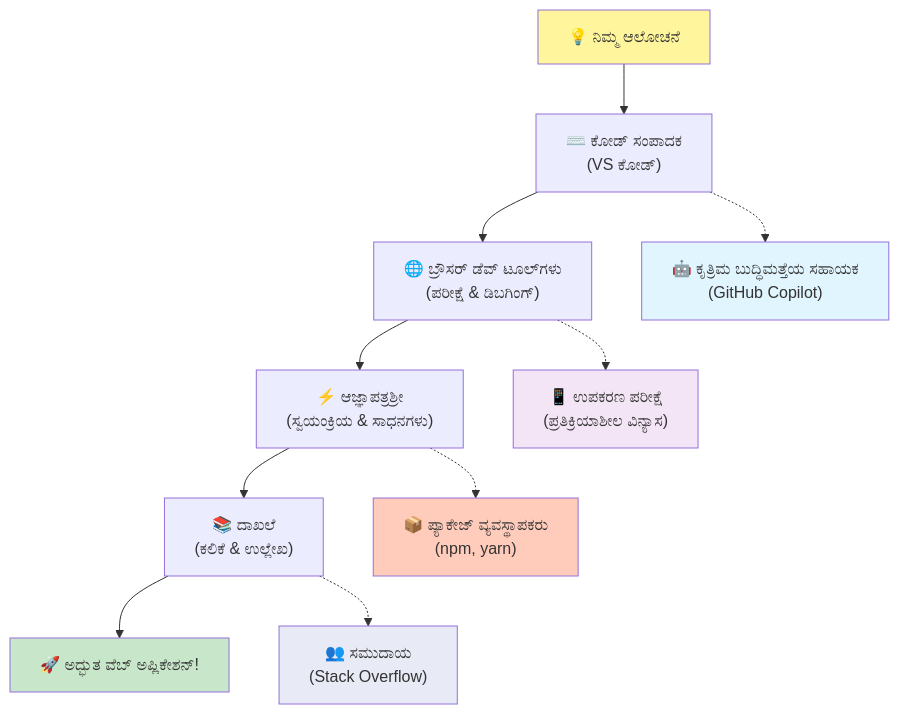
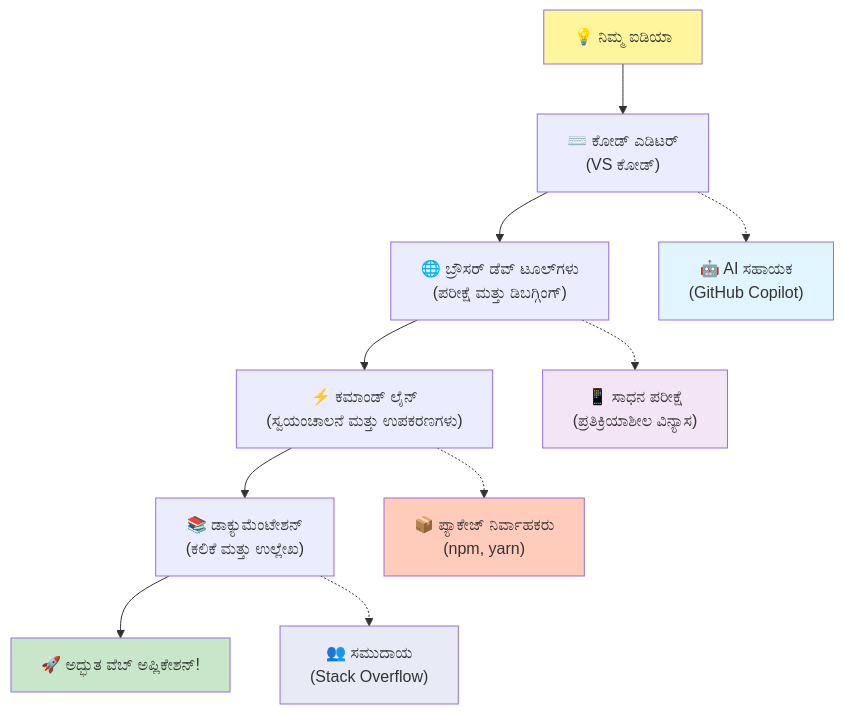
Before and after one commit to microsoft/Web-Dev-For-Beginners: the fifth of 7 diagrams in translations/kn/1-getting-started-lessons/1-intro-to-programming-languages/README.md, drawn with Mermaid. The commit also changed other lines of this file and 13 other files, not shown here.

````diff
--- a/translations/kn/1-getting-started-lessons/1-intro-to-programming-languages/README.md
+++ b/translations/kn/1-getting-started-lessons/1-intro-to-programming-languages/README.md
@@ -489,20 +487,20 @@
 ```mermaid
 graph TD
-    A["💡 ನಿಮ್ಮ ಆಲೋಚನೆ"] --> B["⌨️ ಕೋಡ್ ಸಂಪಾದಕ<br/>(VS ಕೋಡ್)"] 
-    B --> C["🌐 ಬ್ರೌಸರ್ ಡೆವ್ ಟೂಲ್‌ಗಳು<br/>(ಪರೀಕ್ಷೆ & ಡಿಬಗಿಂಗ್)"]
-    C --> D["⚡ ಆಜ್ಞಾಪತ್ರಶ್ರೀ<br/>(ಸ್ವಯಂಕ್ರಿಯ & ಸಾಧನಗಳು)"]
-    D --> E["📚 ದಾಖಲೆ<br/>(ಕಲಿಕೆ & ಉಲ್ಲೇಖ)"]
-    E --> F["🚀 ಅದ್ಭುತ ವೆಬ್ ಅಪ್ಲಿಕೇಶನ್!"]
+    A["💡 ನಿಮ್ಮ ಐಡಿಯಾ"] --> B["⌨️ ಕೋಡ್ ಎಡಿಟರ್<br/>(VS ಕೋಡ್)"] 
+    B --> C["🌐 ಬ್ರೌಸರ್ ಡೆವ್ ಟೂಲ್‌ಗಳು<br/>(ಪರೀಕ್ಷೆ ಮತ್ತು ಡಿಬಗ್ಗಿಂಗ್)"]
+    C --> D["⚡ ಕಮಾಂಡ್ ಲೈನ್<br/>(ಸ್ವಯಂಚಾಲನೆ ಮತ್ತು ಉಪಕರಣಗಳು)"]
+    D --> E["📚 ಡಾಕ್ಯುಮೆಂಟೇಶನ್<br/>(ಕಲಿಕೆ ಮತ್ತು ಉಲ್ಲೇಖ)"]
+    E --> F["🚀 ಅದ್ಭುತ ವೆಬ್ ಅಪ್ಲಿಕೇಶನ್!"]
     
-    B -.-> G["🤖 ಕೃತ್ರಿಮ ಬುದ್ಧಿಮತ್ತೆಯ ಸಹಾಯಕ<br/>(GitHub Copilot)"]
-    C -.-> H["📱 ಉಪಕರಣ ಪರೀಕ್ಷೆ<br/>(ಪ್ರತಿಕ್ರಿಯಾಶೀಲ ವಿನ್ಯಾಸ)"]
-    D -.-> I["📦 ಪ್ಯಾಕೇಜ್ ವ್ಯವಸ್ಥಾಪಕರು<br/>(npm, yarn)"]
+    B -.-> G["🤖 AI ಸಹಾಯಕ<br/>(GitHub Copilot)"]
+    C -.-> H["📱 ಸಾಧನ ಪರೀಕ್ಷೆ<br/>(ಪ್ರತಿಕ್ರಿಯಾಶೀಲ ವಿನ್ಯಾಸ)"]
+    D -.-> I["📦 ಪ್ಯಾಕೇಜ್ ನಿರ್ವಾಹಕರು<br/>(npm, yarn)"]
     E -.-> J["👥 ಸಮುದಾಯ<br/>(Stack Overflow)"]
     
     style A fill:#fff59d
     style F fill:#c8e6c9
     style G fill:#e1f5fe
     style H fill:#f3e5f5
     style I fill:#ffccbc
     style J fill:#e8eaf6
 ```  
````
